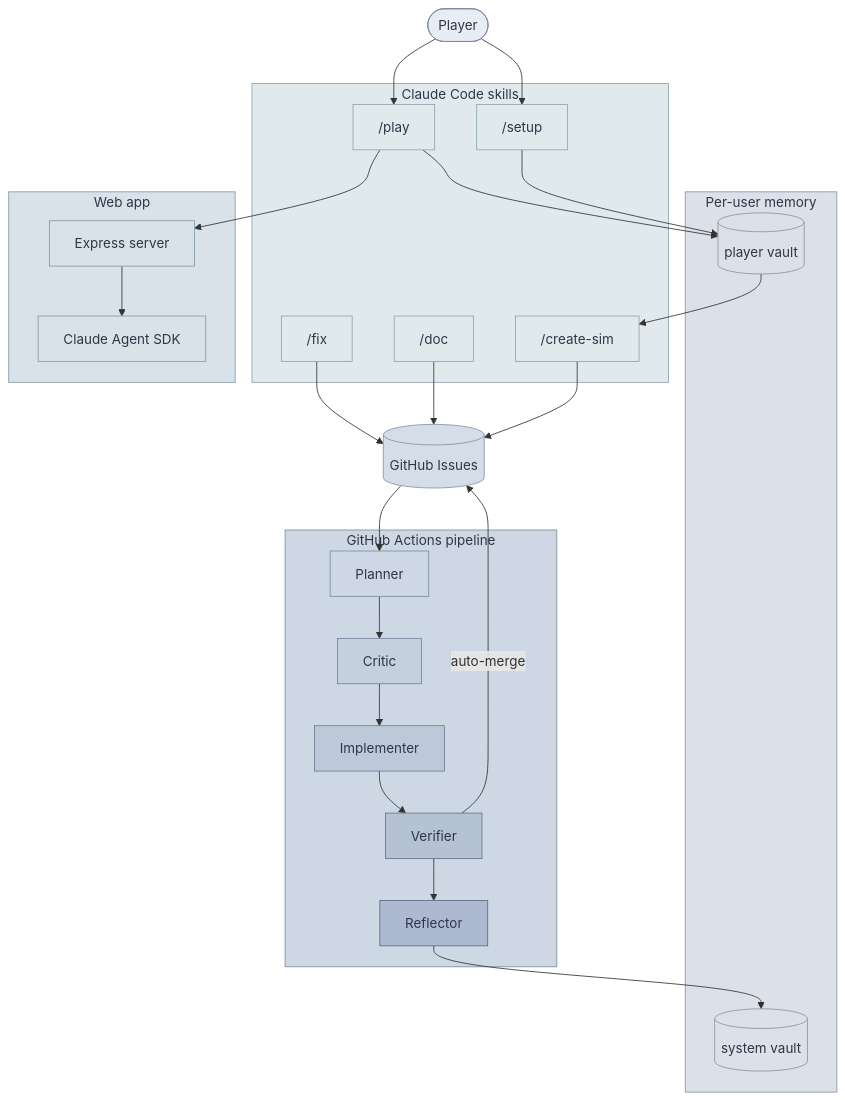
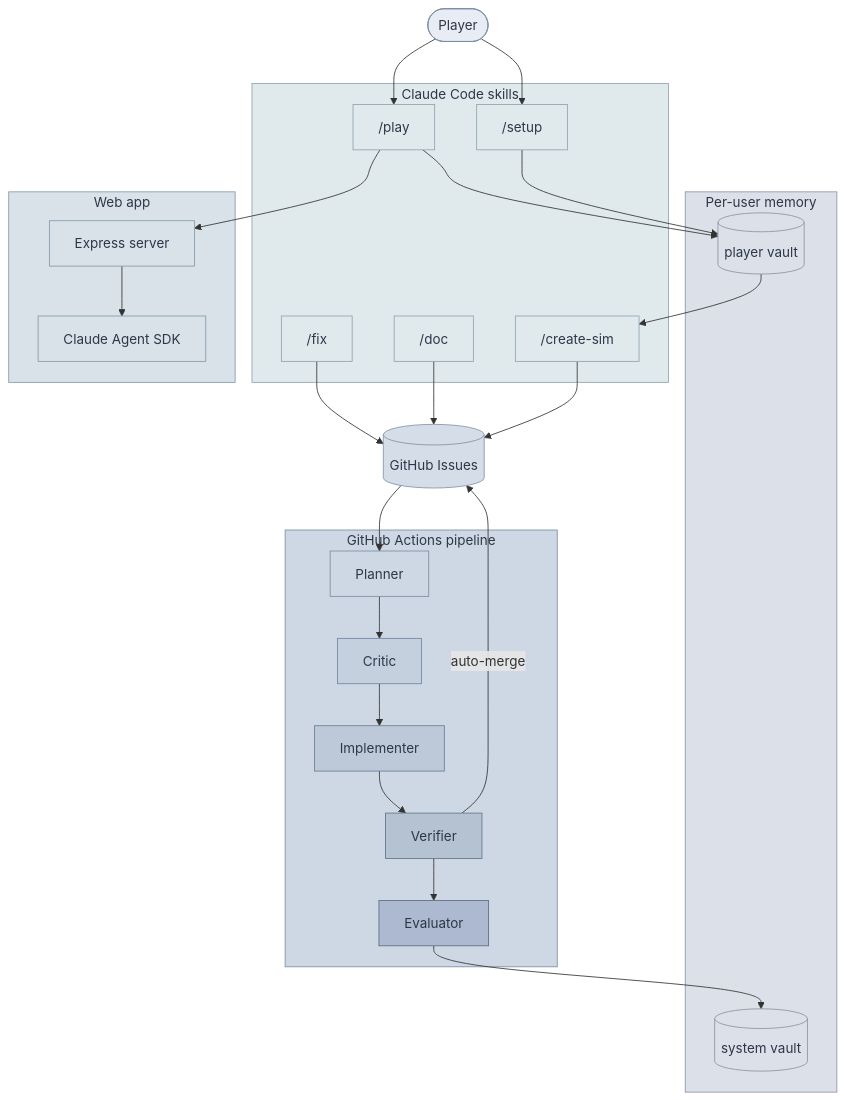
Before and after one commit to drashtishah/aws-simulator: the second of 2 diagrams in README.md, drawn with Mermaid. The commit also changed other lines of this file, not shown here.

Commit message:
docs: update README for evaluator rename and health score clarity
Rename Reflector to Evaluator in the Mermaid diagram to match the
prose. Simplify health score description and mention /doc skill.

No related issue

````diff
--- a/README.md
+++ b/README.md
@@ -44,70 +44,70 @@
 ```mermaid
 flowchart TB
   Player([Player])
   Issues[(GitHub Issues)]
 
   subgraph Skills[Claude Code skills]
     Setup["/setup"]
     Play["/play"]
     Fix["/fix"]
     Doc["/doc"]
     CreateSim["/create-sim"]
   end
 
   subgraph Memory[Per-user memory]
     PlayerVault[(player vault)]
     SystemVault[(system vault)]
   end
 
   subgraph Web[Web app]
     Express[Express server]
     Claude[Claude Agent SDK]
   end
 
   subgraph Pipeline[GitHub Actions pipeline]
     Planner[Planner]
     Critic[Critic]
     Implementer[Implementer]
     Verifier[Verifier]
-    Reflector[Reflector]
+    Evaluator[Evaluator]
   end
 
   Player --> Play
   Player --> Setup
   Play --> Express
   Express --> Claude
   Play --> PlayerVault
   Setup --> PlayerVault
   PlayerVault --> CreateSim
   Fix --> Issues
   Doc --> Issues
   CreateSim --> Issues
   Issues --> Planner
   Planner --> Critic
   Critic --> Implementer
   Implementer --> Verifier
   Verifier -->|auto-merge| Issues
-  Verifier --> Reflector
-  Reflector --> SystemVault
+  Verifier --> Evaluator
+  Evaluator --> SystemVault
 
   style Player fill:#e8edf5,stroke:#7b8ba3,color:#2d3748
   style Issues fill:#d4dde8,stroke:#8494a7,color:#2d3748
   style Skills fill:#e0eaed,stroke:#8fa4af,color:#2d3748
   style Memory fill:#dce0e8,stroke:#8b95a5,color:#2d3748
   style Web fill:#d8e2e8,stroke:#849aaa,color:#2d3748
   style Pipeline fill:#cdd8e4,stroke:#7b8da0,color:#2d3748
   style Setup fill:#e0eaed,stroke:#8fa4af,color:#2d3748
   style Play fill:#e0eaed,stroke:#8fa4af,color:#2d3748
   style Fix fill:#e0eaed,stroke:#8fa4af,color:#2d3748
   style Doc fill:#e0eaed,stroke:#8fa4af,color:#2d3748
   style CreateSim fill:#e0eaed,stroke:#8fa4af,color:#2d3748
   style PlayerVault fill:#dce0e8,stroke:#8b95a5,color:#2d3748
   style SystemVault fill:#dce0e8,stroke:#8b95a5,color:#2d3748
   style Express fill:#d8e2e8,stroke:#849aaa,color:#2d3748
   style Claude fill:#d8e2e8,stroke:#849aaa,color:#2d3748
   style Planner fill:#cdd8e4,stroke:#7b8da0,color:#2d3748
   style Critic fill:#c5d0de,stroke:#7385a0,color:#2d3748
   style Implementer fill:#bdc9d8,stroke:#6b7d94,color:#2d3748
   style Verifier fill:#b5c2d2,stroke:#63758a,color:#2d3748
-  style Reflector fill:#adb9d0,stroke:#5b6d80,color:#2d3748
+  style Evaluator fill:#adb9d0,stroke:#5b6d80,color:#2d3748
 ```
````
